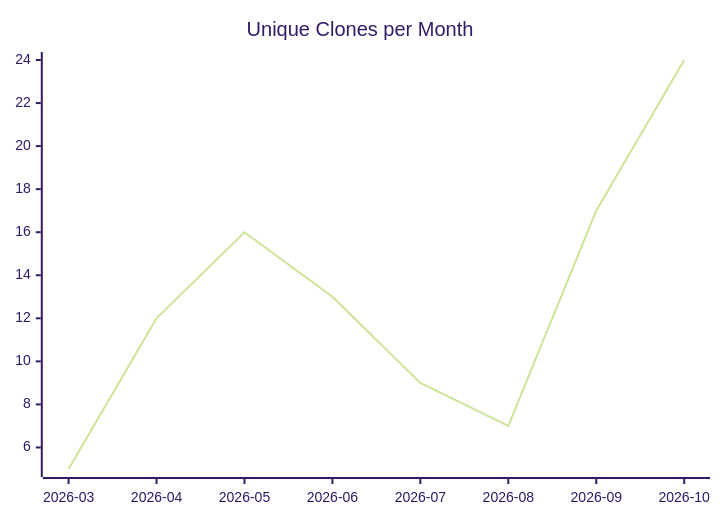
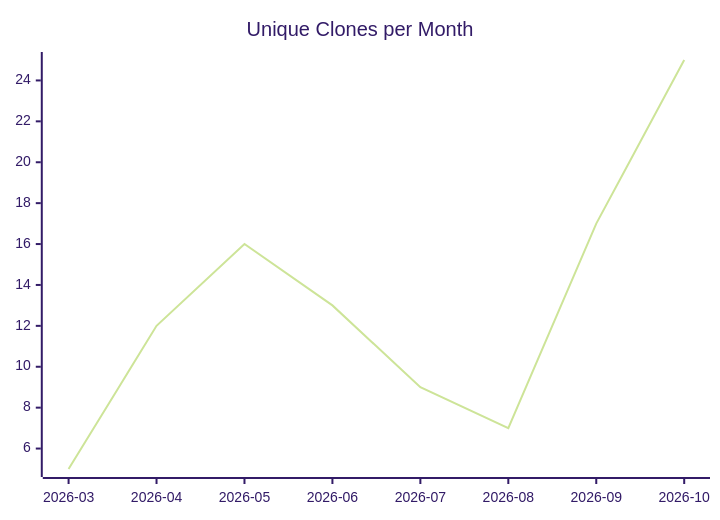
Before and after one commit to justdavis-family/github-analytics-data: the third of 3 diagrams in karlmdavis/justdavis-karl/README.md, drawn with Mermaid (forest theme). The commit also changed other lines of this file and 200 other files, not shown here.

````diff
--- a/karlmdavis/justdavis-karl/README.md
+++ b/karlmdavis/justdavis-karl/README.md
@@ -19,6 +19,6 @@
 ```mermaid
 xychart-beta
   title "Unique Clones per Month"
   x-axis ["2026-03", "2026-04", "2026-05", "2026-06", "2026-07", "2026-08", "2026-09", "2026-10"]
-  line [5, 12, 16, 13, 9, 7, 17, 24]
+  line [5, 12, 16, 13, 9, 7, 17, 25]
 ```
````
